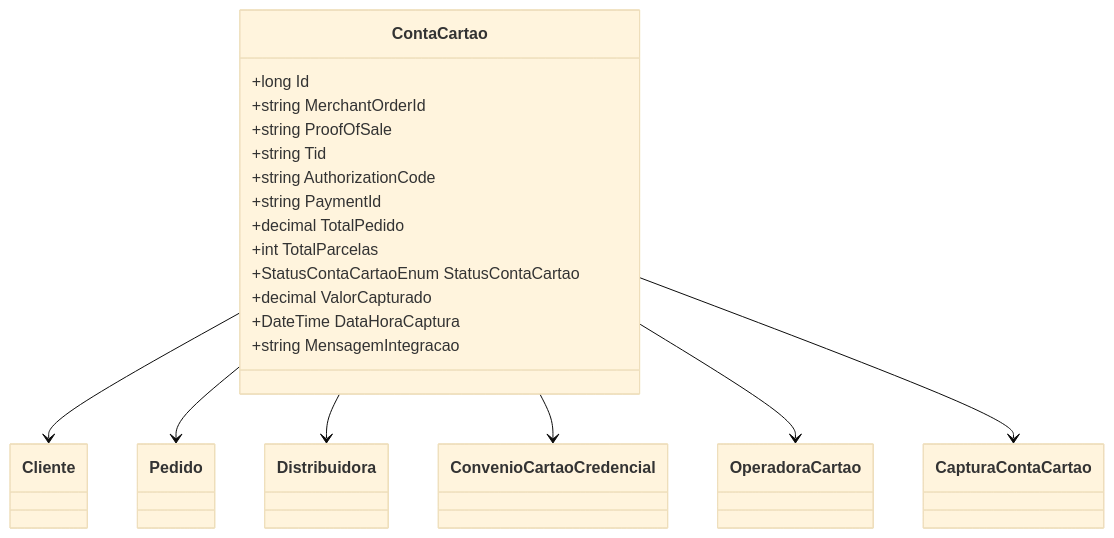
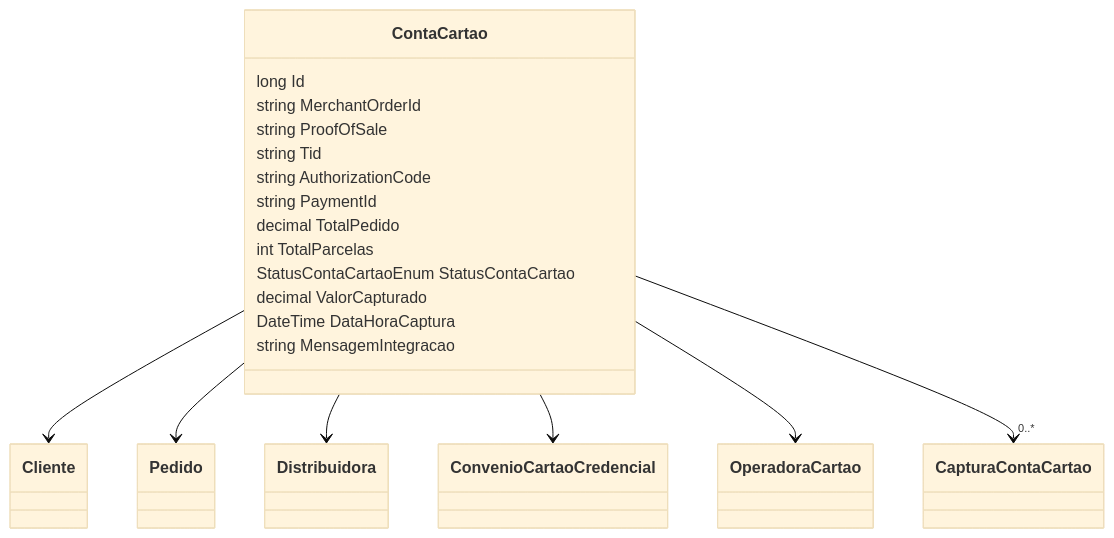
One commit to IsthmusSistemas/documentacao-tecnica changed the diagram in docs/b2b-dominio/IsthmusWinthor.Nucleo/IsthmusWinthor.Dominio/Entidades/ContaCartao.md. Above: the diagram before and after it, drawn with Mermaid (base theme). The commit also changed other lines of this file and 882 other files, not shown here.

````diff
--- a/docs/b2b-dominio/IsthmusWinthor.Nucleo/IsthmusWinthor.Dominio/Entidades/ContaCartao.md
+++ b/docs/b2b-dominio/IsthmusWinthor.Nucleo/IsthmusWinthor.Dominio/Entidades/ContaCartao.md
@@ -27,31 +29,24 @@
 ```mermaid
 classDiagram
     class ContaCartao {
-        +long Id
-        +string MerchantOrderId
-        +string ProofOfSale
-        +string Tid
-        +string AuthorizationCode
-        +string PaymentId
-        +decimal TotalPedido
-        +int TotalParcelas
-        +StatusContaCartaoEnum StatusContaCartao
-        +decimal ValorCapturado
-        +DateTime DataHoraCaptura
-        +string MensagemIntegracao
+        long Id
+        string MerchantOrderId
+        string ProofOfSale
+        string Tid
+        string AuthorizationCode
+        string PaymentId
+        decimal TotalPedido
+        int TotalParcelas
+        StatusContaCartaoEnum StatusContaCartao
+        decimal ValorCapturado
+        DateTime DataHoraCaptura
+        string MensagemIntegracao
     }
-    
-    class Cliente
-    class Pedido
-    class Distribuidora
-    class ConvenioCartaoCredencial
-    class OperadoraCartao
-    class CapturaContaCartao
 
     ContaCartao --> Cliente
     ContaCartao --> Pedido
     ContaCartao --> Distribuidora
     ContaCartao --> ConvenioCartaoCredencial
     ContaCartao --> OperadoraCartao
-    ContaCartao --> CapturaContaCartao
+    ContaCartao --> "0..*" CapturaContaCartao
 ```
````
